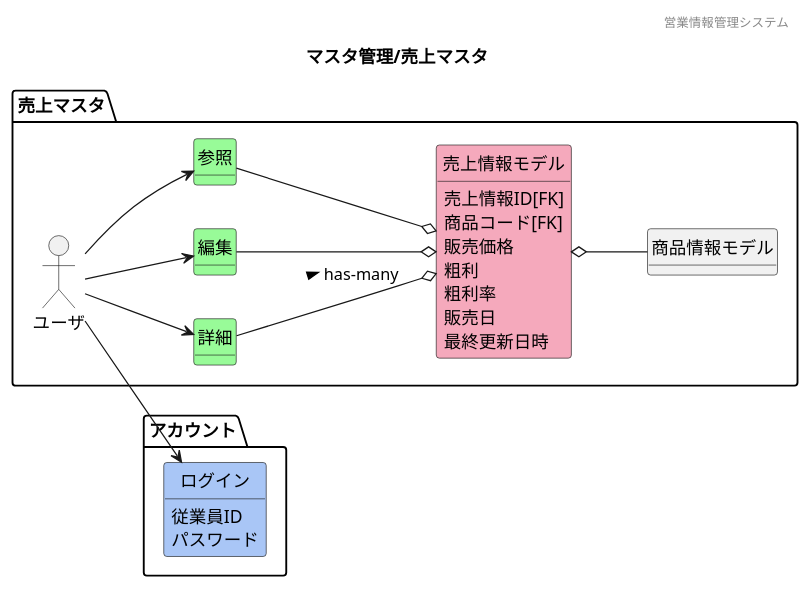
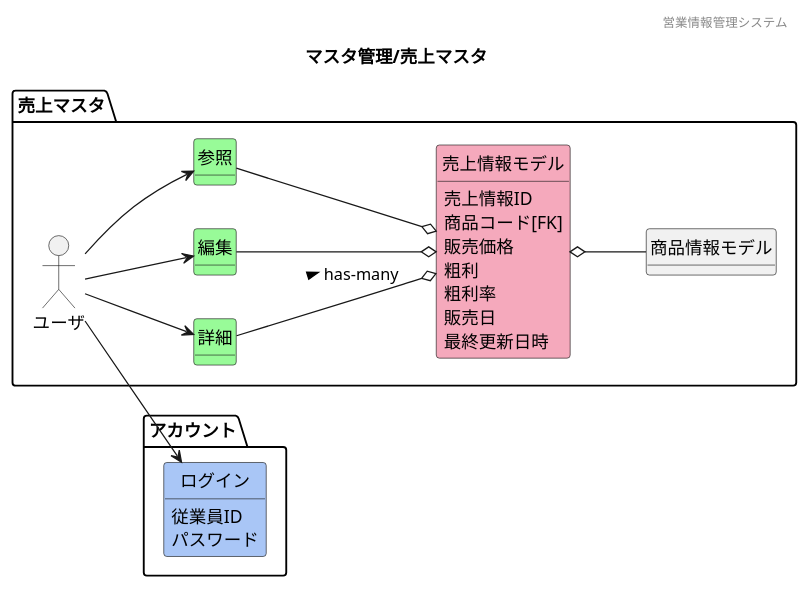
The diagram in 各種設計書/1ドメインモデル図/マスタ管理/F04売上マスタ.plantuml (HaruShim/Sotuken), drawn with PlantUML before and after one commit. The commit also changed 2 other files, not shown here.

```diff
--- a/各種設計書/1ドメインモデル図/マスタ管理/F04売上マスタ.plantuml
+++ b/各種設計書/1ドメインモデル図/マスタ管理/F04売上マスタ.plantuml
@@ -1,55 +1,55 @@
 @startuml images/マスタ管理/売上マスタ
 ' ヘッダー
 header 営業情報管理システム
 ' タイトル
 title マスタ管理/売上マスタ
 ' 
 hide circle
 ' 
 hide method
 left to right direction
 
 package "アカウント"{
     class "ログイン" #A9C6F6
 
 }
 
 package "売上マスタ" {
     'ユーザや外部システム
     mix_actor "ユーザ"
     class "詳細" #98fb98
     class "編集" #98fb98
     class "参照" #98fb98
     class "売上情報モデル" #F5A9BC 
     class "商品情報モデル"
     ' class "" #F5A9BC
     ' class "" #ffd700
 
     'モデル同士の関係
     ユーザ --> 参照
     ユーザ --> 編集
     ユーザ --> 詳細
     ユーザ --> ログイン
     参照 --o 売上情報モデル
     編集 --o 売上情報モデル
     詳細 --o 売上情報モデル : > has-many
     売上情報モデル o-- 商品情報モデル
 
     'ドメインクラスの属性
-    売上情報モデル : 売上情報ID[FK]
+    売上情報モデル : 売上情報ID
     売上情報モデル : 商品コード[FK]
     売上情報モデル : 販売価格
     売上情報モデル : 粗利
     売上情報モデル : 粗利率
     売上情報モデル : 販売日
     売上情報モデル : 最終更新日時
 
     ログイン : 従業員ID
     ログイン : パスワード
 }
 
 
 
 
 
 @enduml
```
